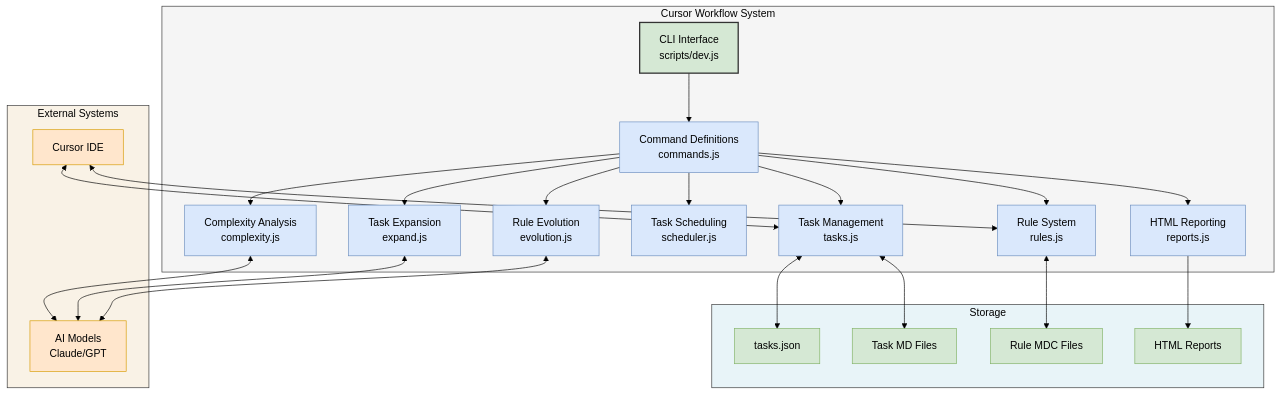
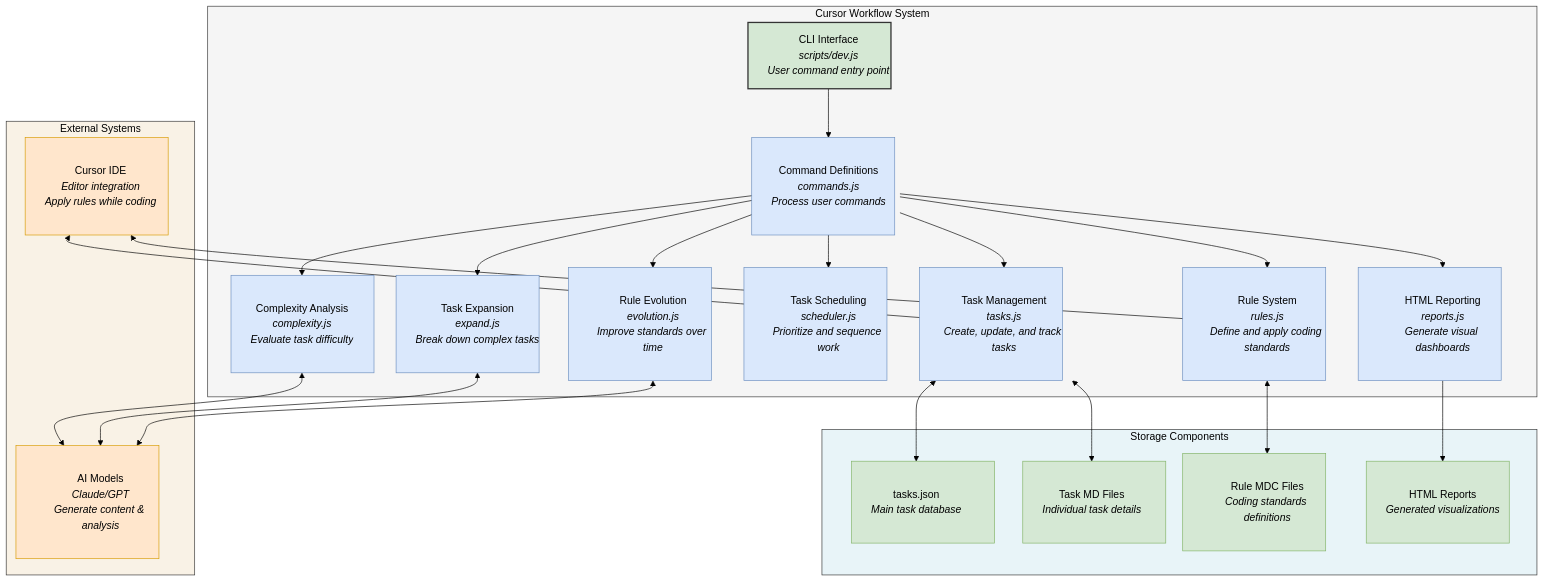
One commit to colours93/cursor_workflow changed the first of 5 diagrams in docs/workflow-guide.md. Above: the diagram before and after it, drawn with Mermaid (forest theme).

Commit message:
Enhance system architecture diagram with improved descriptions and formatting

````diff
--- a/docs/workflow-guide.md
+++ b/docs/workflow-guide.md
@@ -159,60 +159,61 @@
 ```mermaid
 graph TD
     subgraph System ["Cursor Workflow System"]
-        CLI[CLI Interface<br>scripts/dev.js]
-        Tasks[Task Management<br>tasks.js]
-        Rules[Rule System<br>rules.js]
-        Analysis[Complexity Analysis<br>complexity.js]
-        Scheduler[Task Scheduling<br>scheduler.js]
-        Reports[HTML Reporting<br>reports.js]
-        Evolution[Rule Evolution<br>evolution.js]
-        Expand[Task Expansion<br>expand.js]
-        Commands[Command Definitions<br>commands.js]
+        CLI["CLI Interface<br><i>scripts/dev.js</i><br><i>User command entry point</i>"]
+        Tasks["Task Management<br><i>tasks.js</i><br><i>Create, update, and track tasks</i>"]
+        Rules["Rule System<br><i>rules.js</i><br><i>Define and apply coding standards</i>"]
+        Analysis["Complexity Analysis<br><i>complexity.js</i><br><i>Evaluate task difficulty</i>"]
+        Scheduler["Task Scheduling<br><i>scheduler.js</i><br><i>Prioritize and sequence work</i>"]
+        Reports["HTML Reporting<br><i>reports.js</i><br><i>Generate visual dashboards</i>"]
+        Evolution["Rule Evolution<br><i>evolution.js</i><br><i>Improve standards over time</i>"]
+        Expand["Task Expansion<br><i>expand.js</i><br><i>Break down complex tasks</i>"]
+        Commands["Command Definitions<br><i>commands.js</i><br><i>Process user commands</i>"]
     end
     
-    subgraph Storage ["Storage"]
-        TasksJSON[tasks.json]
-        TaskFiles[Task MD Files]
-        RuleFiles[Rule MDC Files]
-        HTMLReports[HTML Reports]
+    subgraph Storage ["Storage Components"]
+        TasksJSON["tasks.json<br><i>Main task database</i>"]
+        TaskFiles["Task MD Files<br><i>Individual task details</i>"]
+        RuleFiles["Rule MDC Files<br><i>Coding standards definitions</i>"]
+        HTMLReports["HTML Reports<br><i>Generated visualizations</i>"]
     end
     
     subgraph External ["External Systems"]
-        LLMAPI[AI Models<br>Claude/GPT]
-        IDE[Cursor IDE]
+        LLMAPI["AI Models<br><i>Claude/GPT</i><br><i>Generate content & analysis</i>"]
+        IDE["Cursor IDE<br><i>Editor integration</i><br><i>Apply rules while coding</i>"]
     end
     
     CLI --> Commands
     Commands --> Tasks
     Commands --> Rules
     Commands --> Analysis
     Commands --> Scheduler
     Commands --> Reports
     Commands --> Evolution
     Commands --> Expand
     
     Tasks <--> TasksJSON
     Tasks <--> TaskFiles
     Rules <--> RuleFiles
     Reports --> HTMLReports
     
     Analysis <--> LLMAPI
     Expand <--> LLMAPI
     Evolution <--> LLMAPI
     
     IDE <--> Rules
     IDE <--> Tasks
     
-    style System fill:#f5f5f5,stroke:#333,stroke-width:1px,color:black
-    style Storage fill:#e8f4f8,stroke:#333,stroke-width:1px,color:black  
-    style External fill:#f9f2e6,stroke:#333,stroke-width:1px,color:black
-    style CLI fill:#d5e8d4,stroke:#333,stroke-width:2px,color:black
+    style System fill:#f5f5f5,stroke:#333,stroke-width:1px,color:black,padding:15px
+    style Storage fill:#e8f4f8,stroke:#333,stroke-width:1px,color:black,padding:15px
+    style External fill:#f9f2e6,stroke:#333,stroke-width:1px,color:black,padding:15px
     
-    classDef module fill:#dae8fc,stroke:#6c8ebf,stroke-width:1px,color:black;
-    classDef storage fill:#d5e8d4,stroke:#82b366,stroke-width:1px,color:black;
-    classDef external fill:#ffe6cc,stroke:#d79b00,stroke-width:1px,color:black;
+    style CLI fill:#d5e8d4,stroke:#333,stroke-width:2px,color:black,width:220px,padding:10px
+    
+    classDef module fill:#dae8fc,stroke:#6c8ebf,stroke-width:1px,color:black,width:220px,padding:10px;
+    classDef storage fill:#d5e8d4,stroke:#82b366,stroke-width:1px,color:black,width:220px,padding:10px;
+    classDef external fill:#ffe6cc,stroke:#d79b00,stroke-width:1px,color:black,width:220px,padding:10px;
     
     class Tasks,Rules,Analysis,Scheduler,Reports,Evolution,Expand,Commands module;
     class TasksJSON,TaskFiles,RuleFiles,HTMLReports storage;
     class LLMAPI,IDE external;
 ```
````
